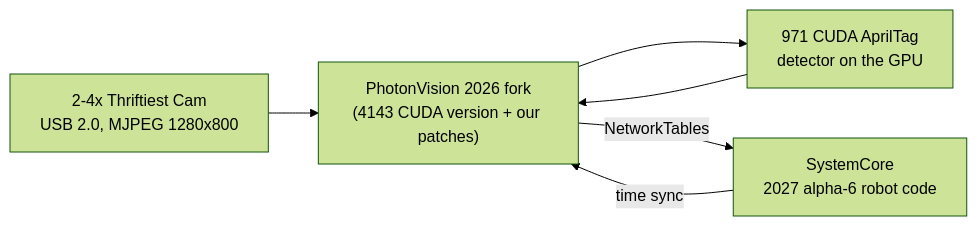
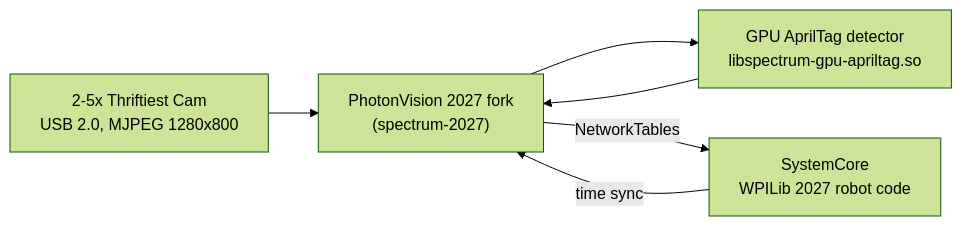
The diagram in README.md (Spectrum3847/SpectrumJetson), drawn with Mermaid (forest theme) before and after one commit. The commit also changed other lines of this file, not shown here.

First line of the commit message:
README: JetPack 7 as current, today's numbers, and the renamed detector

````diff
--- a/README.md
+++ b/README.md
@@ -92,8 +113,8 @@
 ```mermaid
 flowchart LR
-  CAM["2-4x Thriftiest Cam<br/>USB 2.0, MJPEG 1280x800"] --> PV["PhotonVision 2026 fork<br/>(4143 CUDA version + our patches)"]
-  PV --> DET["971 CUDA AprilTag<br/>detector on the GPU"]
+  CAM["2-5x Thriftiest Cam<br/>USB 2.0, MJPEG 1280x800"] --> PV["PhotonVision 2027 fork<br/>(spectrum-2027)"]
+  PV --> DET["GPU AprilTag detector<br/>libspectrum-gpu-apriltag.so"]
   DET --> PV
-  PV -->|NetworkTables| SC["SystemCore<br/>2027 alpha-6 robot code"]
+  PV -->|NetworkTables| SC["SystemCore<br/>WPILib 2027 robot code"]
   SC -->|time sync| PV
 ```
````
